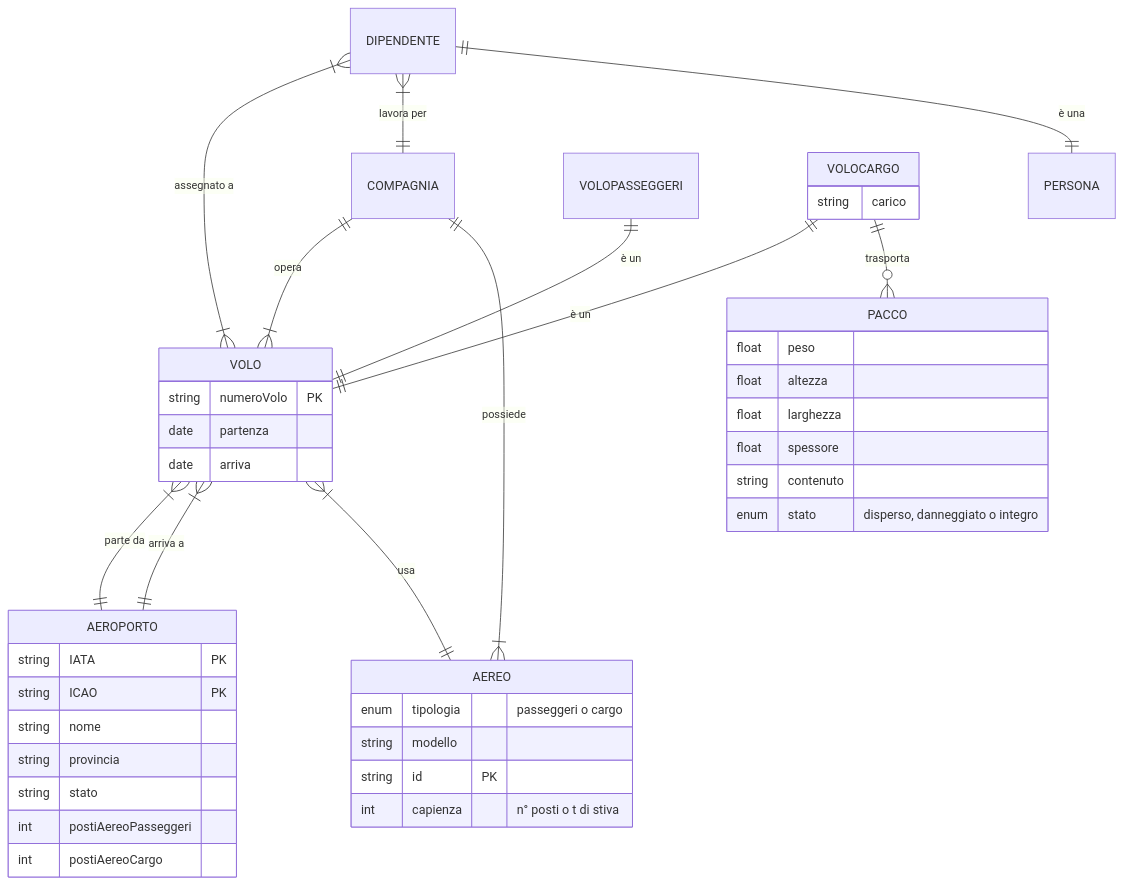
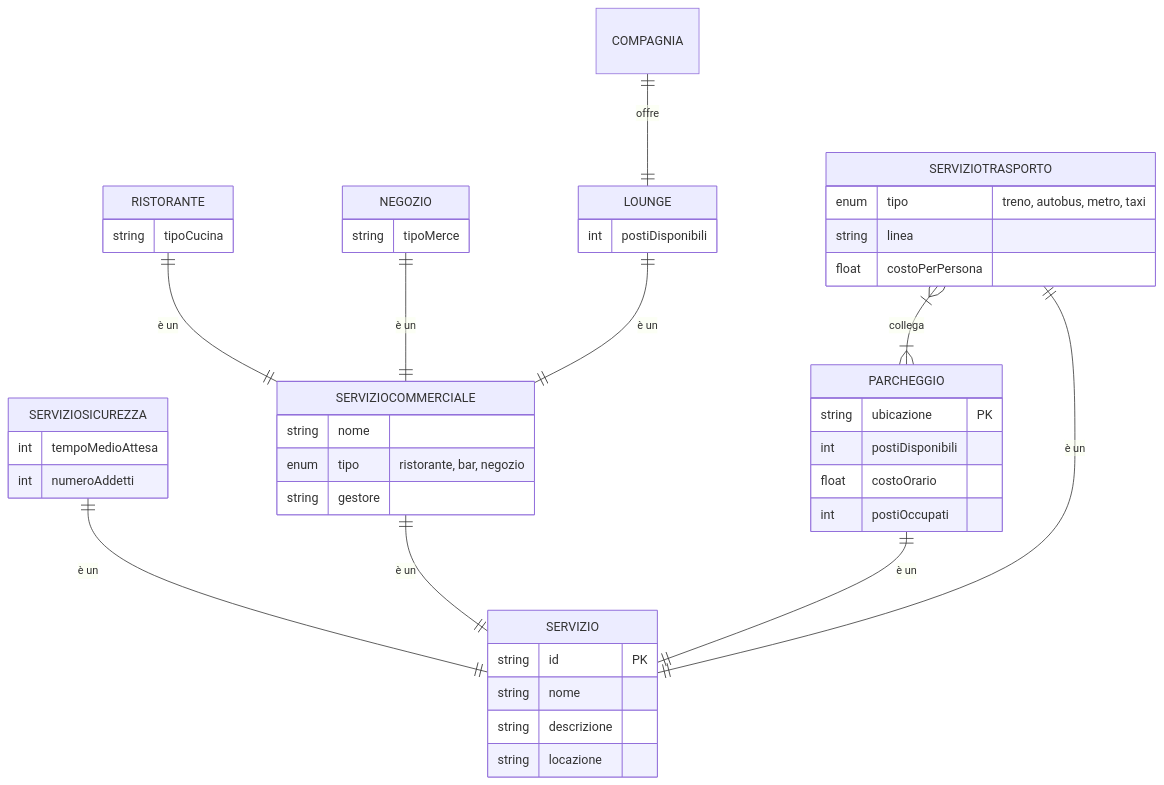
One commit to Diebbo/aereodb changed the fourth of 6 diagrams in RELAZIONE.md. Above: the diagram before and after it, drawn with Mermaid. The commit also changed other lines of this file, not shown here.

Commit message:
singoli componenti ok

````diff
--- a/RELAZIONE.md
+++ b/RELAZIONE.md
@@ -315,50 +317,52 @@
 ```mermaid
 erDiagram
-    VOLO }|--|| AEROPORTO: "parte da"
-    VOLO }|--|| AEROPORTO: "arriva a"
-    VOLO }|--|| AEREO: usa
+    SERVIZIOSICUREZZA ||--|| SERVIZIO: "è un"
 
-    COMPAGNIA ||--|{ VOLO: opera
-    COMPAGNIA ||--|{ AEREO: possiede
+    SERVIZIOCOMMERCIALE ||--|| SERVIZIO: "è un"
+    
+    RISTORANTE ||--|| SERVIZIOCOMMERCIALE: "è un"
+    NEGOZIO ||--|| SERVIZIOCOMMERCIALE: "è un"
+    LOUNGE ||--|| SERVIZIOCOMMERCIALE: "è un"
+    COMPAGNIA ||--|| LOUNGE: "offre"
 
-    DIPENDENTE }|--|{ VOLO: "assegnato a"
-    DIPENDENTE }|--|| COMPAGNIA: "lavora per"
-    DIPENDENTE ||--|| PERSONA: "è una"
+    PARCHEGGIO ||--|| SERVIZIO: "è un"
 
-    VOLOPASSEGGERI ||--|| VOLO: "è un"
+    SERVIZIOTRASPORTO ||--|| SERVIZIO: "è un"
+    SERVIZIOTRASPORTO }|--|{ PARCHEGGIO: "collega"
 
-    VOLOCARGO ||--|| VOLO: "è un"
-    VOLOCARGO ||--o{ PACCO: trasporta
-
-    VOLO {
-        string numeroVolo PK
-        date partenza
-        date arriva
+    SERVIZIO {
+        string id PK
+        string nome
+        string descrizione
+        string locazione
     }
-    AEROPORTO {
-        string IATA PK
-        string ICAO PK
+    SERVIZIOSICUREZZA {
+        int tempoMedioAttesa
+        int numeroAddetti
+    }
+    SERVIZIOTRASPORTO {
+        enum tipo "treno, autobus, metro, taxi"
+        string linea
+        float costoPerPersona
+    }
+    SERVIZIOCOMMERCIALE {
         string nome
-        string provincia
-        string stato
-        int postiAereoPasseggeri
-        int postiAereoCargo
+        enum tipo "ristorante, bar, negozio"
+        string gestore
     }
-    AEREO {
-        enum tipologia "passeggeri o cargo"
-        string modello
-        string id PK
-        int capienza "n° posti o t di stiva"
+    PARCHEGGIO {
+        string ubicazione PK
+        int postiDisponibili
+        float costoOrario
+        int postiOccupati
     }
-    VOLOCARGO {
-        string carico
+    RISTORANTE {
+        string tipoCucina
     }
-    PACCO {
-        float peso
-        float altezza
-        float larghezza
-        float spessore
-        string contenuto
-        enum stato "disperso, danneggiato o integro"
+    NEGOZIO {
+        string tipoMerce
+    }
+    LOUNGE {
+        int postiDisponibili
     }
 ```
````
